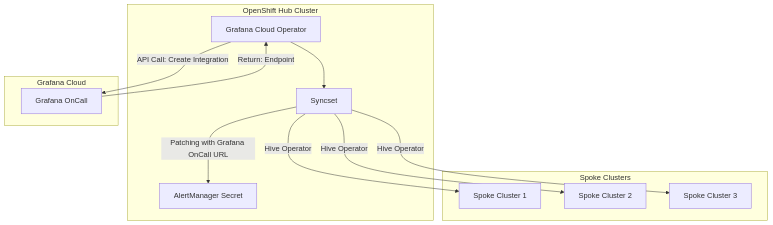
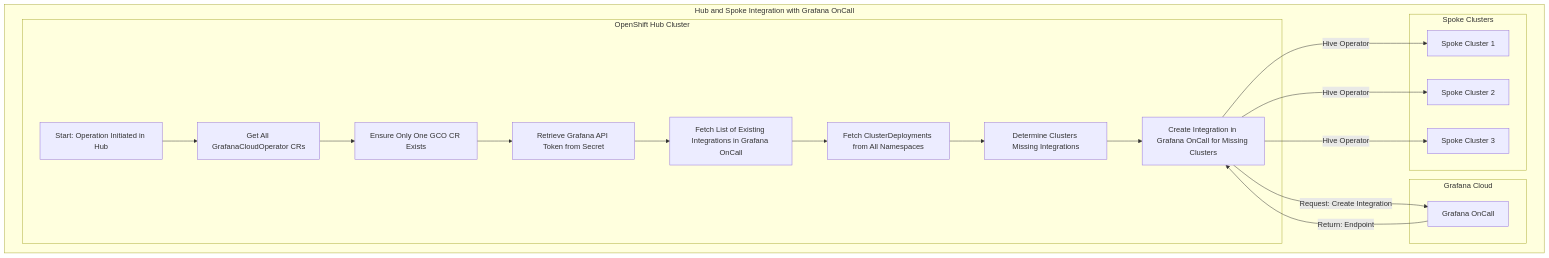
Before and after one commit to stakater/grafana-cloud-ansible-operator: the first of 2 diagrams in README.md, drawn with Mermaid. The commit also changed other lines of this file, not shown here.

Commit message:
Improve mermaid digrams

````diff
--- a/README.md
+++ b/README.md
@@ -27,28 +27,41 @@
 ```mermaid
 graph TD
 
-    subgraph "OpenShift Hub Cluster"
-        GCO[Grafana Cloud Operator]
-        S[Syncset]
-        AMS[AlertManager Secret]
-        S -->|Patching with Grafana OnCall URL| AMS
+    subgraph "Hub and Spoke Integration with Grafana OnCall"
+        subgraph "OpenShift Hub Cluster"
+            InitHub[Start: Operation Initiated in Hub]
+            GetGCOHub[Get All GrafanaCloudOperator CRs]
+            CheckMultipleCRs[Ensure Only One GCO CR Exists]
+            GetToken[Retrieve Grafana API Token from Secret]
+            ListIntegrations[Fetch List of Existing Integrations in Grafana OnCall]
+            FetchClusters[Fetch ClusterDeployments from All Namespaces]
+            DetermineMissingIntegrations[Determine Clusters Missing Integrations]
+            CreateIntegration[Create Integration in Grafana OnCall for Missing Clusters]
+            
+            InitHub --> GetGCOHub
+            GetGCOHub --> CheckMultipleCRs
+            CheckMultipleCRs --> GetToken
+            GetToken --> ListIntegrations
+            ListIntegrations --> FetchClusters
+            FetchClusters --> DetermineMissingIntegrations
+            DetermineMissingIntegrations --> CreateIntegration
+        end
+
+        subgraph "Grafana Cloud"
+            GOHub[Grafana OnCall]
+        end
+
+        subgraph "Spoke Clusters"
+            SC1[Spoke Cluster 1]
+            SC2[Spoke Cluster 2]
+            SC3[Spoke Cluster 3]
+        end
+
+        CreateIntegration -->|Request: Create Integration| GOHub
+        GOHub -->|Return: Endpoint| CreateIntegration
+        CreateIntegration --> |Hive Operator| SC1
+        CreateIntegration --> |Hive Operator| SC2
+        CreateIntegration --> |Hive Operator| SC3
     end
 
-    GCO -->|API Call: Create Integration| GO
-    GO -->|Return: Endpoint| GCO
-
-    subgraph "Grafana Cloud"
-        GO[Grafana OnCall]
-    end
-
-    subgraph "Spoke Clusters"
-        SC1[Spoke Cluster 1]
-        SC2[Spoke Cluster 2]
-        SC3[Spoke Cluster 3]
-    end
-
-    GCO --> S
-    S -->|Hive Operator|SC1
-    S -->|Hive Operator|SC2
-    S -->|Hive Operator|SC3
 ```
````
